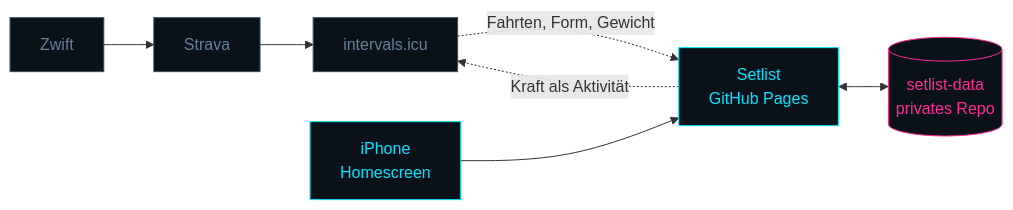
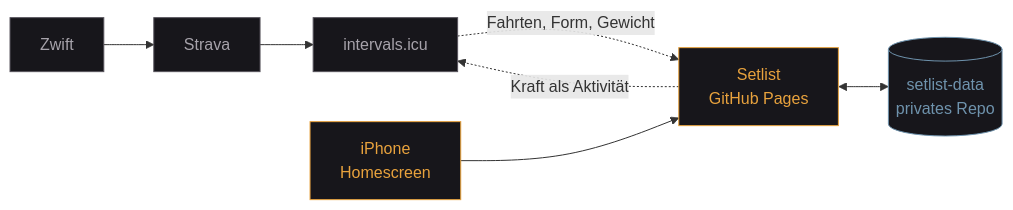
Before and after one commit to cyphomat/lifty: the first of 2 diagrams in README.md, drawn with Mermaid. The commit also changed other lines of this file and 4 other files, not shown here.

````diff
--- a/README.md
+++ b/README.md
@@ -71,16 +71,16 @@
 ```mermaid
 flowchart LR
   Z["Zwift"] --> S["Strava"]
   S --> I["intervals.icu"]
   I -. Fahrten, Form, Gewicht .-> A
   A -. Kraft als Aktivität .-> I
   A["Setlist<br/>GitHub Pages"] <--> D[("setlist-data<br/>privates Repo")]
   P["iPhone<br/>Homescreen"] --> A
 
-  classDef fremd fill:#0b1119,stroke:#3d4f63,color:#69809a
-  classDef eigen fill:#0b1119,stroke:#00e5ff,color:#00e5ff
-  classDef daten fill:#0b1119,stroke:#ff2d95,color:#ff2d95
+  classDef fremd fill:#17161b,stroke:#57535c,color:#a7a3ab
+  classDef eigen fill:#17161b,stroke:#e8a23d,color:#e8a23d
+  classDef daten fill:#17161b,stroke:#6f93ad,color:#6f93ad
   class Z,S,I fremd
   class A,P eigen
   class D daten
 ```
````
